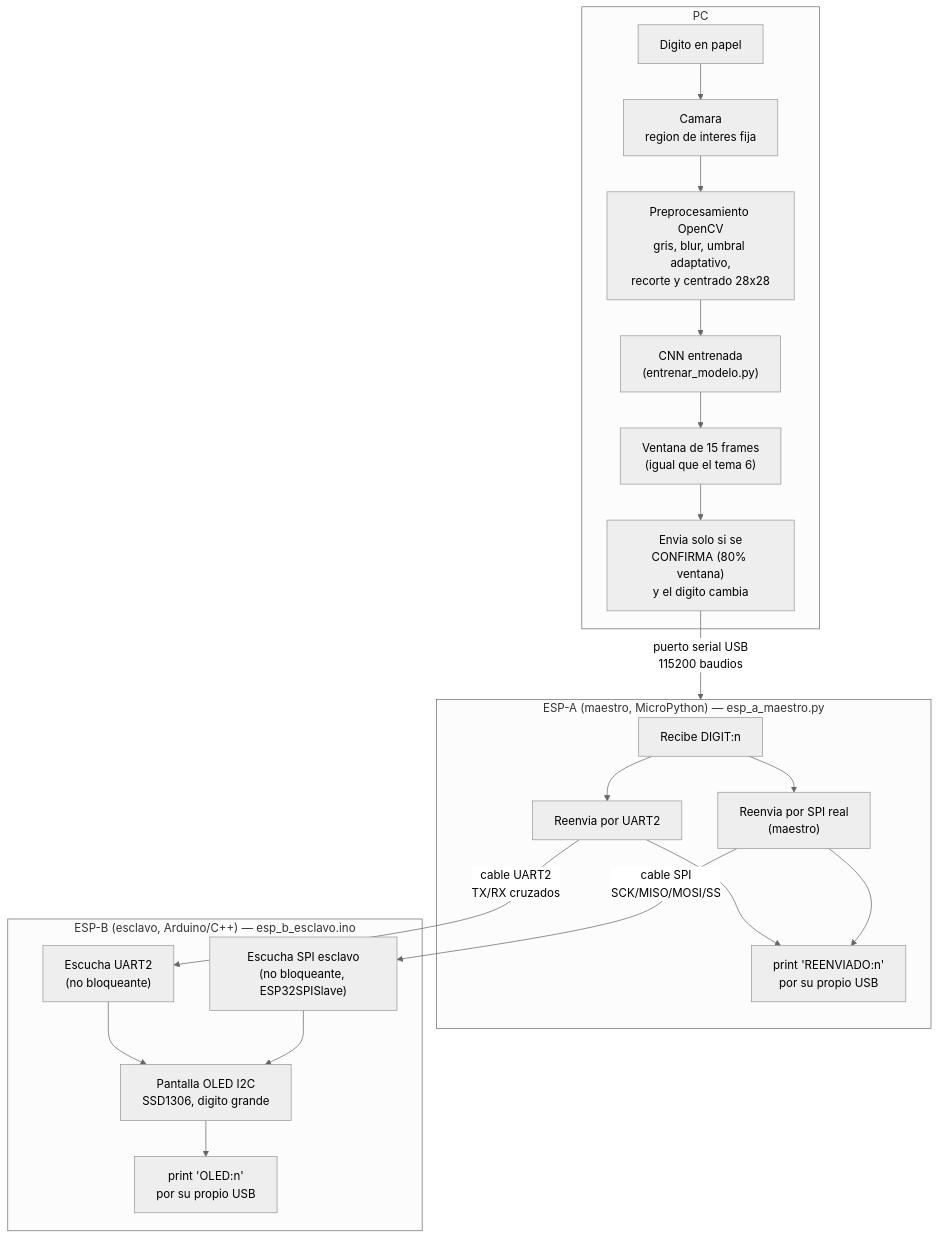
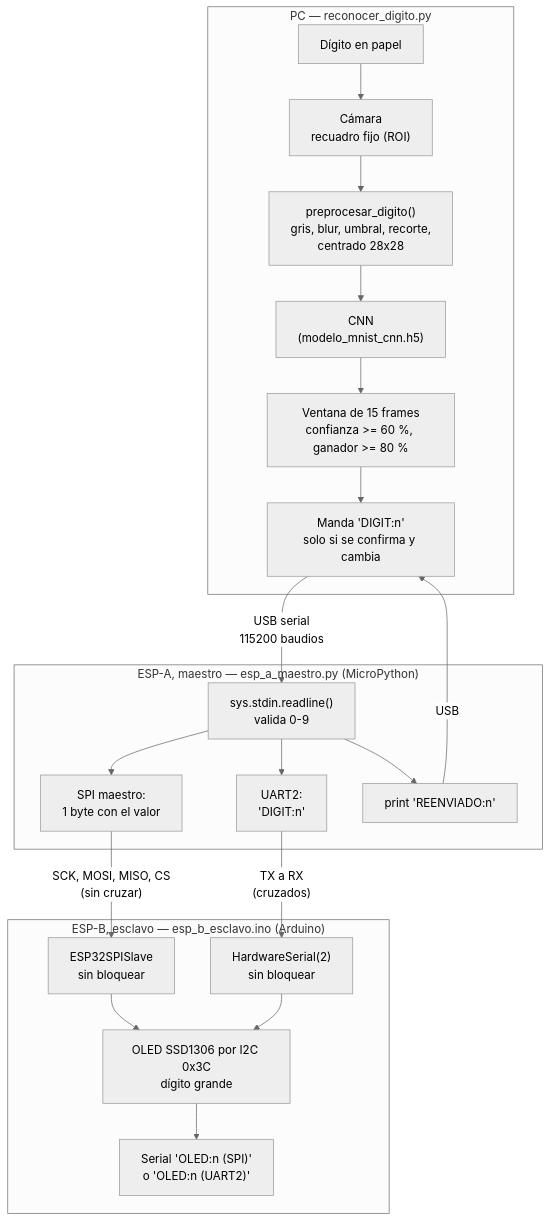
One commit to Dathinel/Sensores-Teoria changed the first of 2 diagrams in 8-digitos-brazo-y-vision/punto-2-reconocimiento-oled-spi/README.md. Above: the diagram before and after it, drawn with Mermaid (neutral theme). The commit also changed other lines of this file and 154 other files, not shown here.

````diff
--- a/8-digitos-brazo-y-vision/punto-2-reconocimiento-oled-spi/README.md
+++ b/8-digitos-brazo-y-vision/punto-2-reconocimiento-oled-spi/README.md
@@ -14,28 +57,28 @@
 ```mermaid
 flowchart TD
-    subgraph PC["PC"]
-        Papel["Digito en papel"] --> Cam["Camara<br/>region de interes fija"]
-        Cam --> Pre["Preprocesamiento OpenCV<br/>gris, blur, umbral adaptativo,<br/>recorte y centrado 28x28"]
-        Pre --> CNN["CNN entrenada<br/>(entrenar_modelo.py)"]
-        CNN --> Vota["Ventana de 15 frames<br/>(igual que el tema 6)"]
-        Vota --> Envia["Envia solo si se<br/>CONFIRMA (80% ventana)<br/>y el digito cambia"]
+    subgraph PC["PC — reconocer_digito.py"]
+        Papel["Dígito en papel"] --> Cam["Cámara<br/>recuadro fijo (ROI)"]
+        Cam --> Pre["preprocesar_digito()<br/>gris, blur, umbral, recorte,<br/>centrado 28x28"]
+        Pre --> CNN["CNN<br/>(modelo_mnist_cnn.h5)"]
+        CNN --> Vota["Ventana de 15 frames<br/>confianza >= 60 %, ganador >= 80 %"]
+        Vota --> Envia["Manda 'DIGIT:n'<br/>solo si se confirma y cambia"]
     end
 
-    Envia -->|"puerto serial USB<br/>115200 baudios"| ESPA
+    Envia -->|"USB serial<br/>115200 baudios"| RecibeA
 
-    subgraph ESPA["ESP-A (maestro, MicroPython) — esp_a_maestro.py"]
-        RecibeA["Recibe DIGIT:n"] --> ReenviaA1["Reenvia por UART2"]
-        RecibeA --> ReenviaA2["Reenvia por SPI real<br/>(maestro)"]
-        ReenviaA1 --> EcoA["print 'REENVIADO:n'<br/>por su propio USB"]
-        ReenviaA2 --> EcoA
+    subgraph ESPA["ESP-A, maestro — esp_a_maestro.py (MicroPython)"]
+        RecibeA["sys.stdin.readline()<br/>valida 0-9"] --> ReenviaSPI["SPI maestro:<br/>1 byte con el valor"]
+        RecibeA --> ReenviaUART["UART2:<br/>'DIGIT:n'"]
+        RecibeA --> EcoA["print 'REENVIADO:n'"]
     end
 
-    ReenviaA1 -->|"cable UART2<br/>TX/RX cruzados"| RecibeUART
-    ReenviaA2 -->|"cable SPI<br/>SCK/MISO/MOSI/SS"| RecibeSPI
+    EcoA -->|"USB"| Envia
+    ReenviaSPI -->|"SCK, MOSI, MISO, CS<br/>(sin cruzar)"| RecibeSPI
+    ReenviaUART -->|"TX a RX<br/>(cruzados)"| RecibeUART
 
-    subgraph ESPB["ESP-B (esclavo, Arduino/C++) — esp_b_esclavo.ino"]
-        RecibeUART["Escucha UART2<br/>(no bloqueante)"] --> OLED["Pantalla OLED I2C<br/>SSD1306, digito grande"]
-        RecibeSPI["Escucha SPI esclavo<br/>(no bloqueante, ESP32SPISlave)"] --> OLED
-        OLED --> EcoB["print 'OLED:n'<br/>por su propio USB"]
+    subgraph ESPB["ESP-B, esclavo — esp_b_esclavo.ino (Arduino)"]
+        RecibeSPI["ESP32SPISlave<br/>sin bloquear"] --> OLED["OLED SSD1306 por I2C 0x3C<br/>dígito grande"]
+        RecibeUART["HardwareSerial(2)<br/>sin bloquear"] --> OLED
+        OLED --> EcoB["Serial 'OLED:n (SPI)'<br/>o 'OLED:n (UART2)'"]
     end
 ```
````
